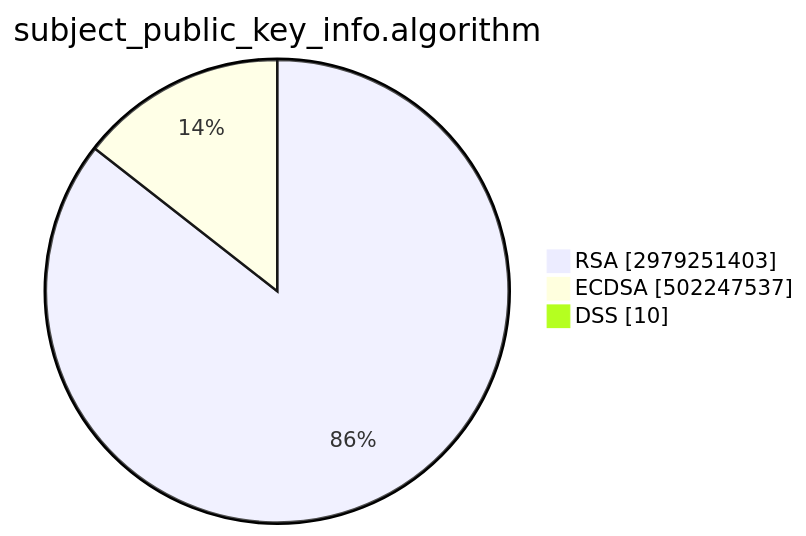
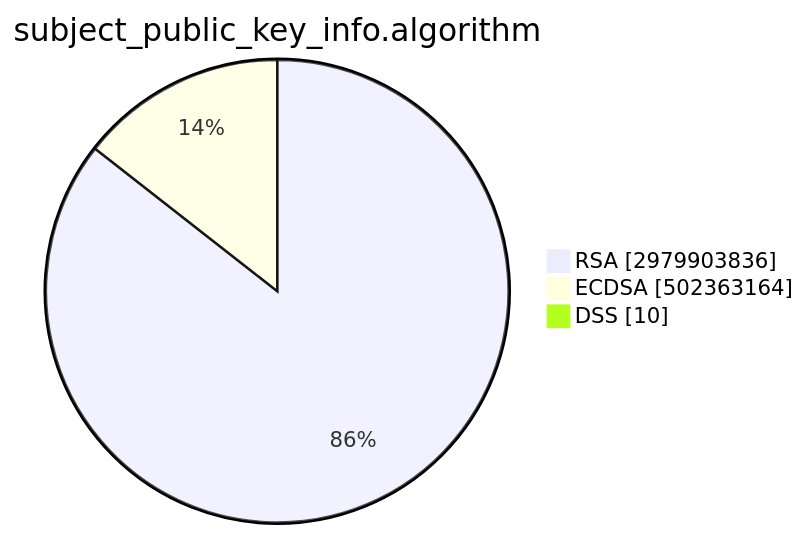
The second of 15 diagrams in TOTAL/README.md (christiankrug/ctmonitor_visualization), drawn with Mermaid before and after one commit. The commit also changed other lines of this file, not shown here.

````diff
--- a/TOTAL/README.md
+++ b/TOTAL/README.md
@@ -6,7 +6,7 @@
 ```mermaid
 pie showData
 title subject_public_key_info.algorithm
-"RSA" :2979251403
-"ECDSA" :502247537
+"RSA" :2979903836
+"ECDSA" :502363164
 "DSS" :10
 ```
````
